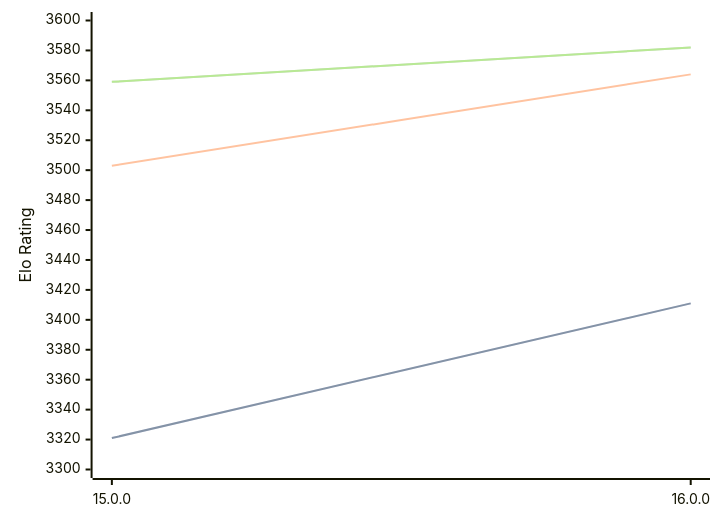
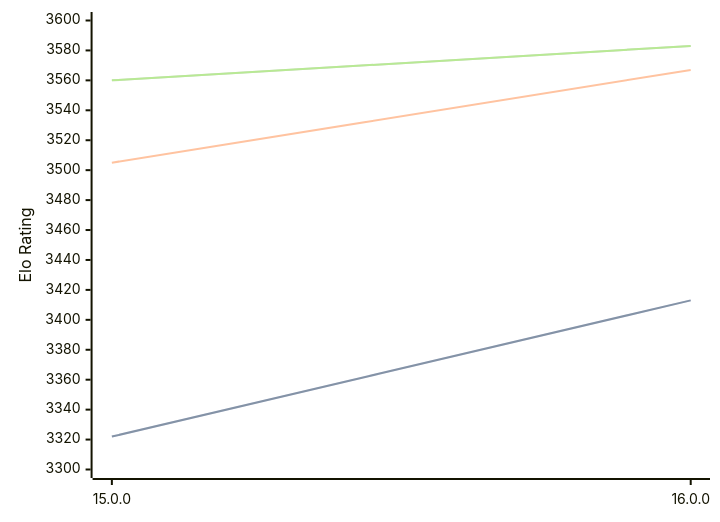
One commit to computer-chess-index/cci changed the diagram in engines/Halogen.md. Above: the diagram before and after it, drawn with Mermaid. The commit also changed other lines of this file, not shown here.

Commit message:
Update CCI Ratings (ELO VLTC) - 2026-02-16

````diff
--- a/engines/Halogen.md
+++ b/engines/Halogen.md
@@ -47,11 +47,11 @@
 ```mermaid
 %%{init: {"theme":"base","themeVariables":{"seriesColors:['#a3a3a3','#222221','#faa371']}}}%%
 xychart-beta
   x-axis ["15.0.0", "16.0.0"]
   y-axis "Elo Rating" 3300 --> 3600
-  line "STC (8.0+0.08s)" [3321, 3411]
-  line "STC (8.0+0.08s)" [3321, 3411]
-  line "LTC (60.0+0.60s)" [3503, 3564]
-  line "VLTC (2m24s+1.12s)" [3559, 3582]
-  line "VLTC (2m24s+1.12s)" [3559, 3582]
+  line "STC (8.0+0.08s)" [3322, 3413]
+  line "STC (8.0+0.08s)" [3322, 3413]
+  line "LTC (60.0+0.60s)" [3505, 3567]
+  line "VLTC (2m24s+1.12s)" [3560, 3583]
+  line "VLTC (2m24s+1.12s)" [3560, 3583]
 ```
````
